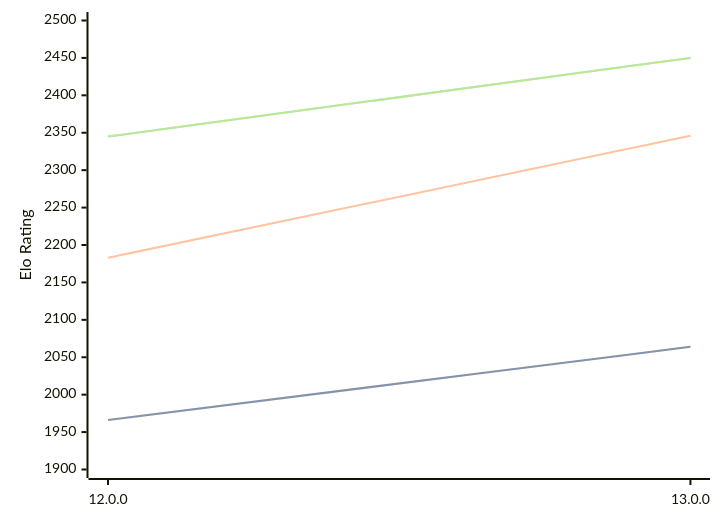
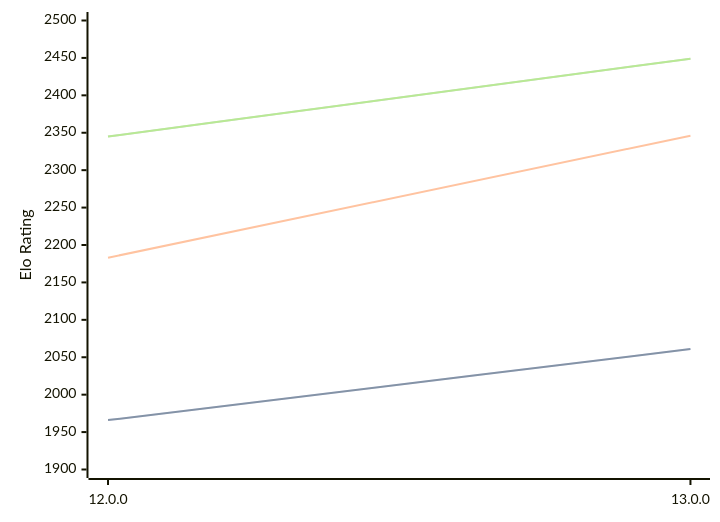
The diagram in engines/Cepimetheus.md (computer-chess-index/cci), drawn with Mermaid before and after one commit. The commit also changed other lines of this file, not shown here.

Commit message:
Update CCI Ratings (ELO VLTC) - 2026-07-31

````diff
--- a/engines/Cepimetheus.md
+++ b/engines/Cepimetheus.md
@@ -64,11 +65,11 @@
 ```mermaid
 %%{init: {"theme":"base","themeVariables":{"seriesColors:['#a3a3a3','#222221','#faa371']}}}%%
 xychart-beta
   x-axis ["12.0.0", "13.0.0"]
   y-axis "Elo Rating" 1900 --> 2500
-  line "STC (8.0+0.08s)" [1966, 2064]
-  line "STC (8.0+0.08s)" [1966, 2064]
+  line "STC (8.0+0.08s)" [1966, 2061]
+  line "STC (8.0+0.08s)" [1966, 2061]
   line "LTC (60.0+0.60s)" [2183, 2346]
-  line "VLTC (2m24s+1.12s)" [2345, 2450]
-  line "VLTC (2m24s+1.12s)" [2345, 2450]
+  line "VLTC (2m24s+1.12s)" [2345, 2449]
+  line "VLTC (2m24s+1.12s)" [2345, 2449]
 ```
````
